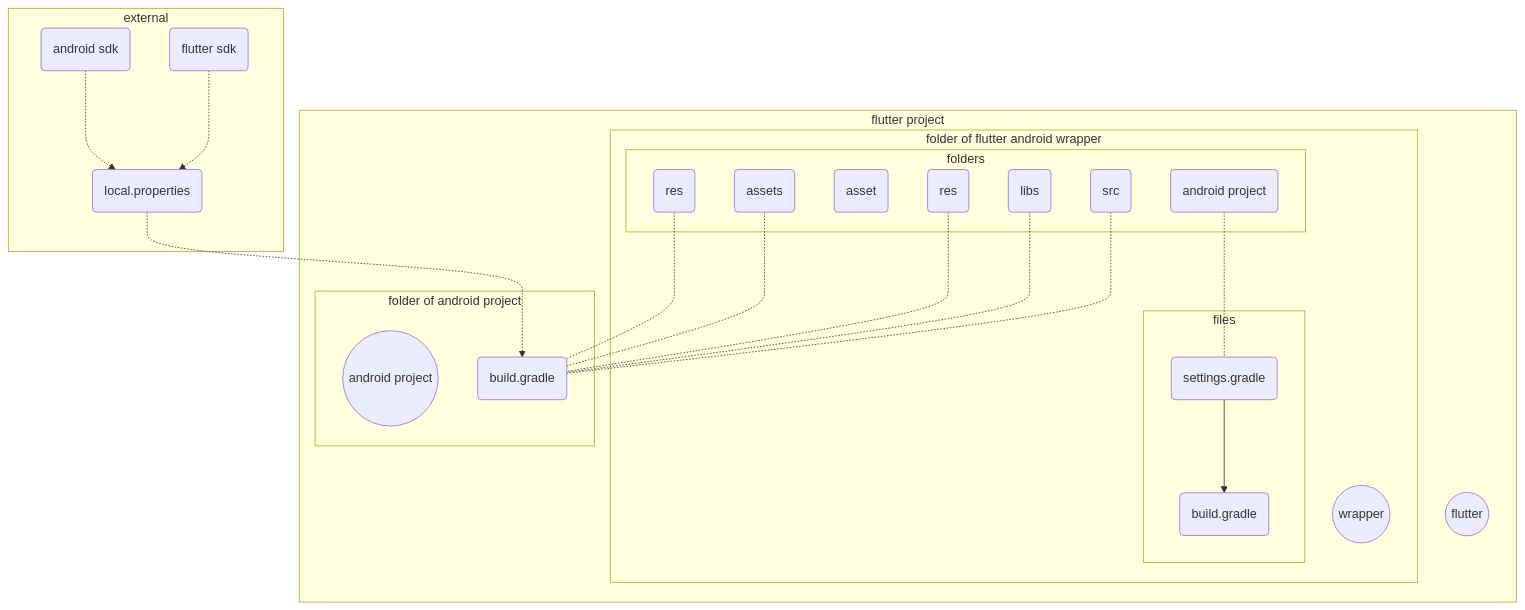
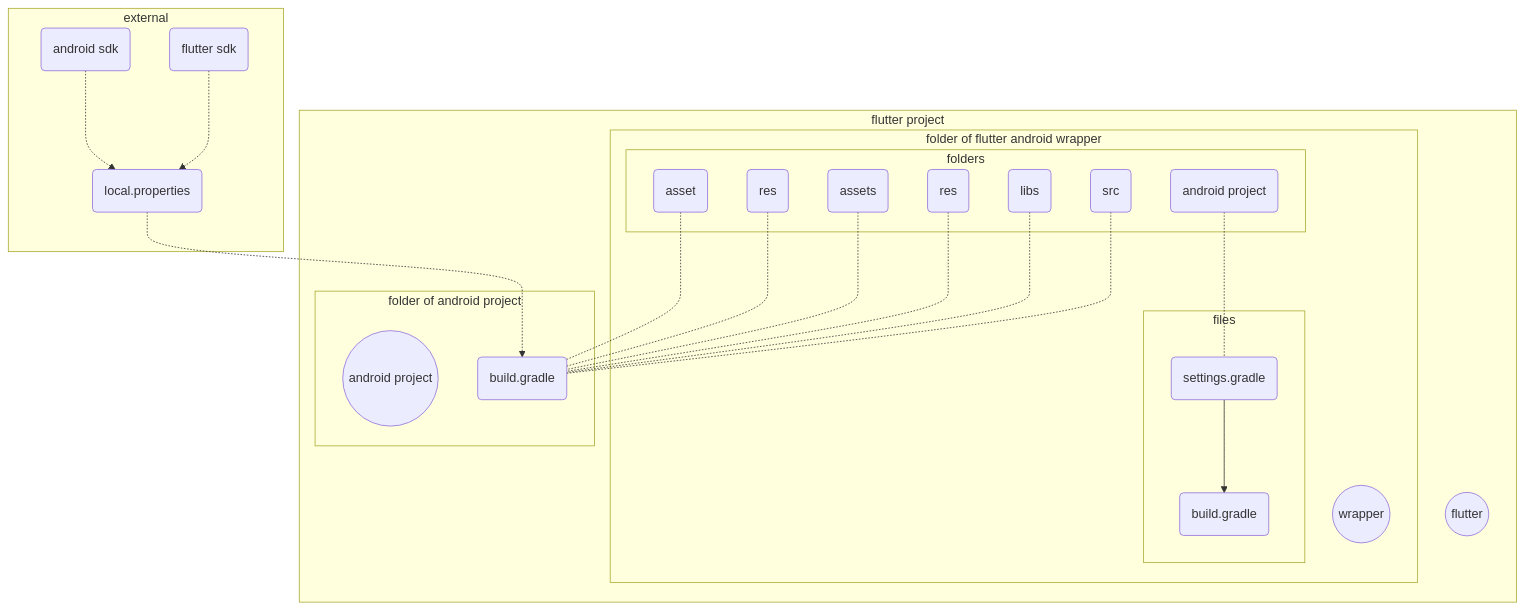
The diagram in flutter/addAndroidProjIntoFlutter.md (gordianknotC/nxp_note), drawn with Mermaid before and after one commit. The commit also changed other lines of this file, not shown here.

````diff
--- a/flutter/addAndroidProjIntoFlutter.md
+++ b/flutter/addAndroidProjIntoFlutter.md
@@ -243,49 +217,49 @@
 ```mermaid
 
 graph TB
 	subgraph external
 		ADK(android sdk)-.->WL
 		FDK(flutter sdk)-.->WL
 	end
 	subgraph flutter project
 		F((flutter))
 		subgraph folder of flutter android wrapper
 			W((wrapper))
 			subgraph files
 				WS(settings.gradle) --> WB(build.gradle)
 				WL(local.properties)
 			end
 			
 			subgraph folders
 				WR(res)
 				WP(android project)
 				WT(asset)
 			end
 		end
 	
 		subgraph folder of android project
 			A((android project))
 			AB(build.gradle)
 			 subgraph folders
 				 AR(res) 
 				 AT(assets)
 				 AL(libs)
 				 AC(src)
 			 end
 		end	 
 	end
 
-	
+	WT -.- AB
 	WP -.- WS
 	WR -.- AB
 	AT -.- AB
 	AR -.- AB
 	AL -.- AB
 	AC -.- AB
 	WL -.-> AB
 	
 	
 	
 	
 
 ```
````
